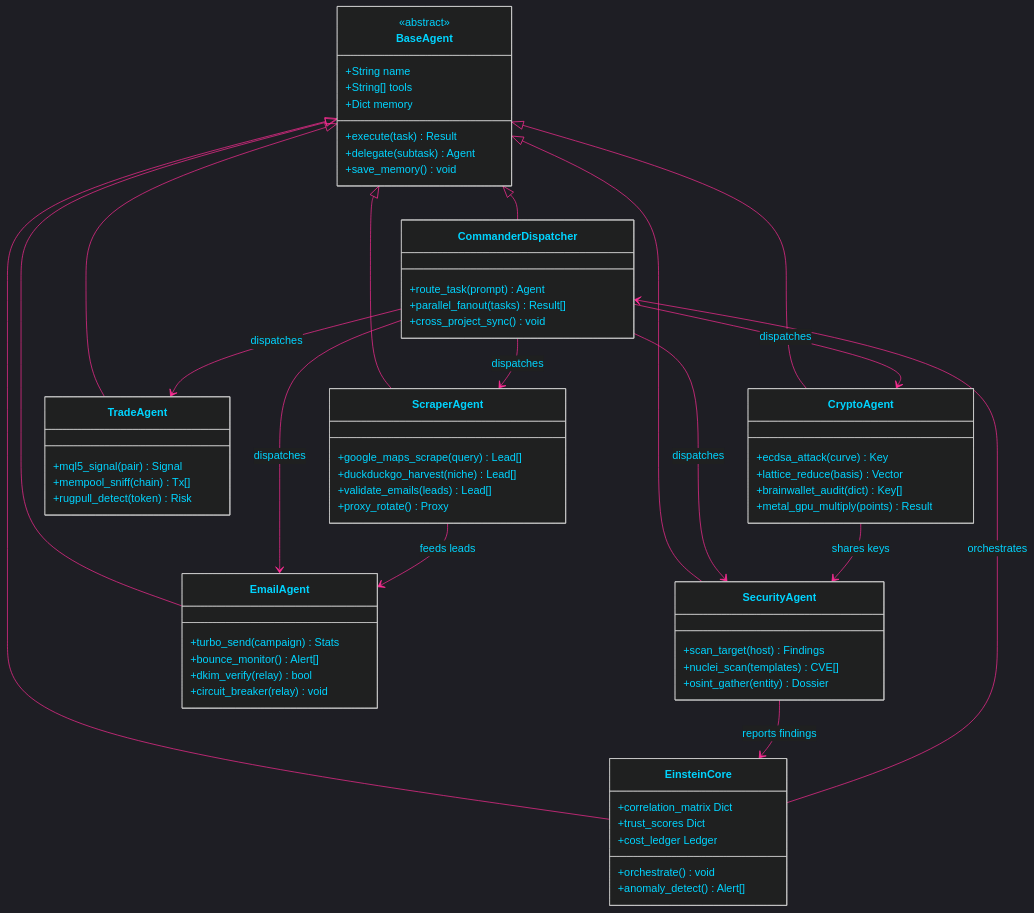
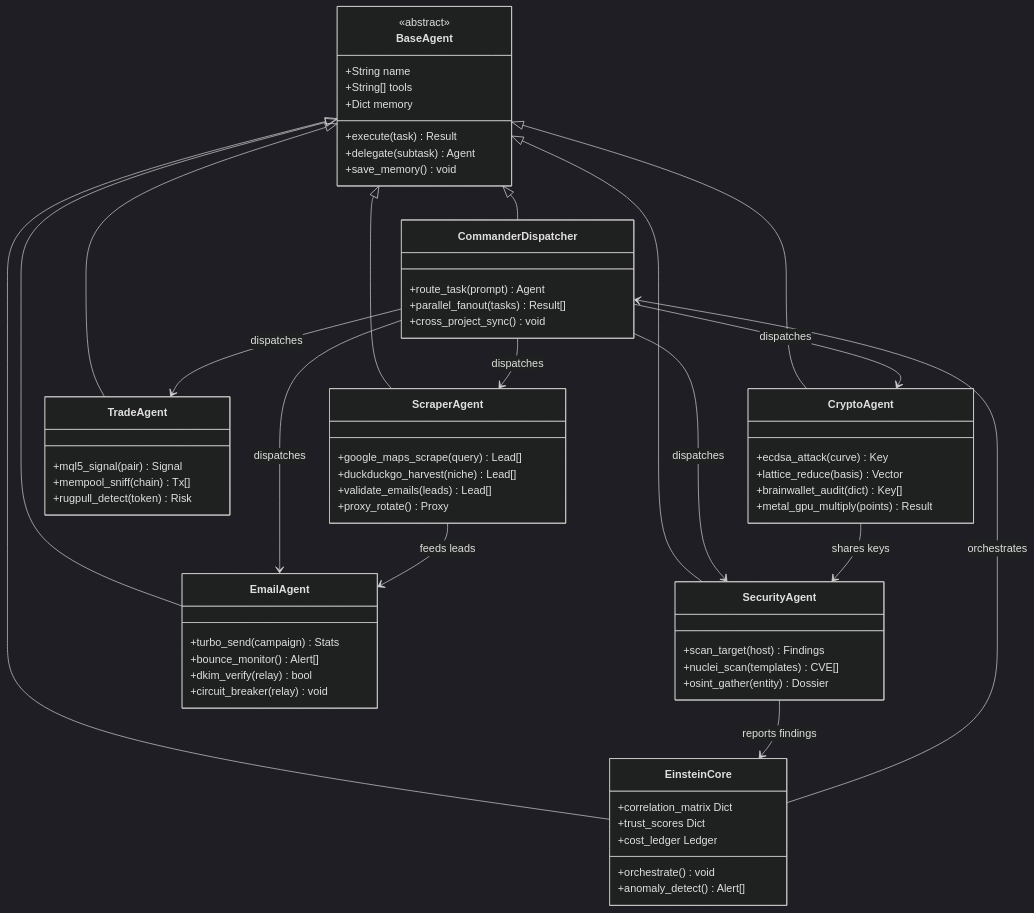
One commit to MatheusAgueda/MatheusAgueda changed the second of 16 diagrams in README.md. Above: the diagram before and after it, drawn with Mermaid. The commit also changed other lines of this file, not shown here.

First line of the commit message:
fix: remove dark classDef fills + replace block-beta — fix Mermaid rendering bugs

````diff
--- a/README.md
+++ b/README.md
@@ -413,78 +399,78 @@
 ```mermaid
-%%{init: {'theme': 'dark', 'themeVariables': {'primaryColor': '#0a1628', 'primaryTextColor': '#00D4FF', 'primaryBorderColor': '#BD00FF', 'lineColor': '#FF2D95', 'secondaryColor': '#1a0a2e', 'tertiaryColor': '#2e0a1a', 'noteTextColor': '#cccccc', 'noteBkgColor': '#111118'}}}%%
+%%{init: {'theme': 'dark'}}%%
 classDiagram
     class BaseAgent {
         <<abstract>>
         +String name
         +String[] tools
         +Dict memory
         +execute(task) Result
         +delegate(subtask) Agent
         +save_memory() void
     }
 
     class CommanderDispatcher {
         +route_task(prompt) Agent
         +parallel_fanout(tasks) Result[]
         +cross_project_sync() void
     }
 
     class SecurityAgent {
         +scan_target(host) Findings
         +nuclei_scan(templates) CVE[]
         +osint_gather(entity) Dossier
     }
 
     class ScraperAgent {
         +google_maps_scrape(query) Lead[]
         +duckduckgo_harvest(niche) Lead[]
         +validate_emails(leads) Lead[]
         +proxy_rotate() Proxy
     }
 
     class EmailAgent {
         +turbo_send(campaign) Stats
         +bounce_monitor() Alert[]
         +dkim_verify(relay) bool
         +circuit_breaker(relay) void
     }
 
     class CryptoAgent {
         +ecdsa_attack(curve) Key
         +lattice_reduce(basis) Vector
         +brainwallet_audit(dict) Key[]
         +metal_gpu_multiply(points) Result
     }
 
     class TradeAgent {
         +mql5_signal(pair) Signal
         +mempool_sniff(chain) Tx[]
         +rugpull_detect(token) Risk
     }
 
     class EinsteinCore {
         +correlation_matrix Dict
         +trust_scores Dict
         +cost_ledger Ledger
         +orchestrate() void
         +anomaly_detect() Alert[]
     }
 
     BaseAgent <|-- CommanderDispatcher
     BaseAgent <|-- SecurityAgent
     BaseAgent <|-- ScraperAgent
     BaseAgent <|-- EmailAgent
     BaseAgent <|-- CryptoAgent
     BaseAgent <|-- TradeAgent
     BaseAgent <|-- EinsteinCore
 
     CommanderDispatcher --> SecurityAgent : dispatches
     CommanderDispatcher --> ScraperAgent : dispatches
     CommanderDispatcher --> EmailAgent : dispatches
     CommanderDispatcher --> CryptoAgent : dispatches
     CommanderDispatcher --> TradeAgent : dispatches
     EinsteinCore --> CommanderDispatcher : orchestrates
     ScraperAgent --> EmailAgent : feeds leads
     SecurityAgent --> EinsteinCore : reports findings
     CryptoAgent --> SecurityAgent : shares keys
 ```
````
